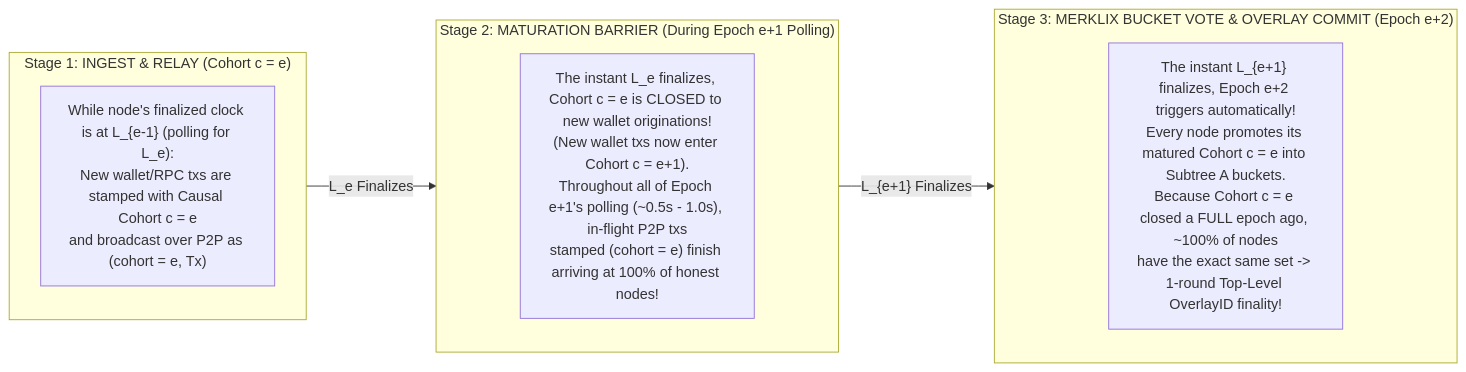
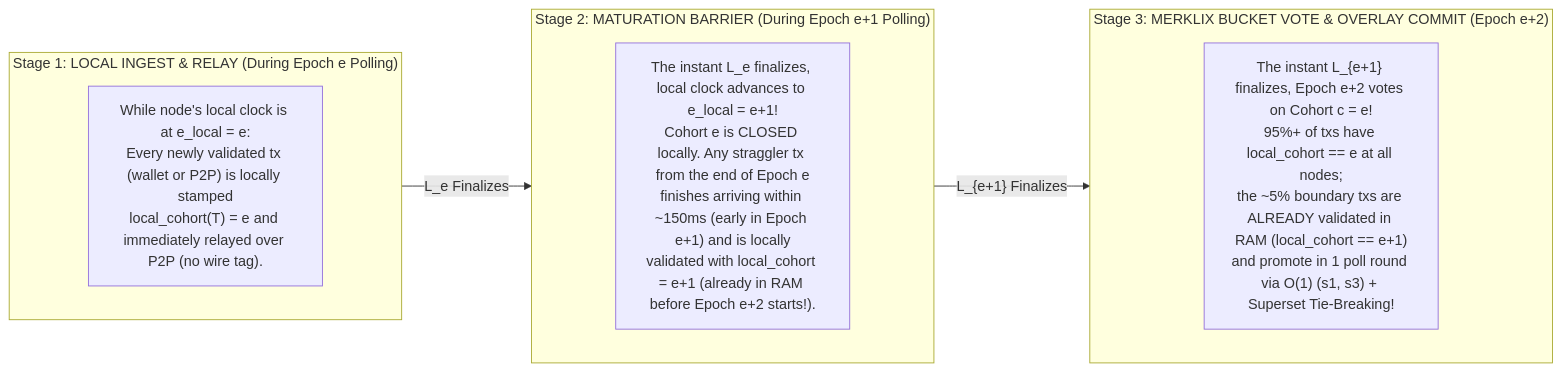
The third of 9 diagrams in docs/plans/lotus-v2-bulk-preconsensus-and-mempool-overlays.md (givelotus/lotus), drawn with Mermaid before and after one commit. The commit also changed other lines of this file, not shown here.

````diff
--- a/docs/plans/lotus-v2-bulk-preconsensus-and-mempool-overlays.md
+++ b/docs/plans/lotus-v2-bulk-preconsensus-and-mempool-overlays.md
@@ -259,17 +274,17 @@
 ```mermaid
 flowchart LR
-    subgraph Stage1["Stage 1: INGEST & RELAY (Cohort c = e)"]
-        S1["While node's finalized clock is at L_{e-1} (polling for L_e):<br/>New wallet/RPC txs are stamped with Causal Cohort c = e<br/>and broadcast over P2P as (cohort = e, Tx)"]
+    subgraph Stage1["Stage 1: LOCAL INGEST & RELAY (During Epoch e Polling)"]
+        S1["While node's local clock is at e_local = e:<br/>Every newly validated tx (wallet or P2P) is locally stamped<br/>local_cohort(T) = e and immediately relayed over P2P (no wire tag)."]
     end
 
     subgraph Stage2["Stage 2: MATURATION BARRIER (During Epoch e+1 Polling)"]
-        S2["The instant L_e finalizes, Cohort c = e is CLOSED to new wallet originations!<br/>(New wallet txs now enter Cohort c = e+1).<br/>Throughout all of Epoch e+1's polling (~0.5s - 1.0s), in-flight P2P txs<br/>stamped (cohort = e) finish arriving at 100% of honest nodes!"]
+        S2["The instant L_e finalizes, local clock advances to e_local = e+1!<br/>Cohort e is CLOSED locally. Any straggler tx from the end of Epoch e<br/>finishes arriving within ~150ms (early in Epoch e+1) and is locally<br/>validated with local_cohort = e+1 (already in RAM before Epoch e+2 starts!)."]
     end
 
     subgraph Stage3["Stage 3: MERKLIX BUCKET VOTE & OVERLAY COMMIT (Epoch e+2)"]
-        S3["The instant L_{e+1} finalizes, Epoch e+2 triggers automatically!<br/>Every node promotes its matured Cohort c = e into Subtree A buckets.<br/>Because Cohort c = e closed a FULL epoch ago, ~100% of nodes<br/>have the exact same set -> 1-round Top-Level OverlayID finality!"]
+        S3["The instant L_{e+1} finalizes, Epoch e+2 votes on Cohort c = e!<br/>95%+ of txs have local_cohort == e at all nodes;<br/>the ~5% boundary txs are ALREADY validated in RAM (local_cohort == e+1)<br/>and promote in 1 poll round via O(1) (s1, s3) + Superset Tie-Breaking!"]
     end
 
     Stage1 -->|"L_e Finalizes"| Stage2
     Stage2 -->|"L_{e+1} Finalizes"| Stage3
 ```
````
